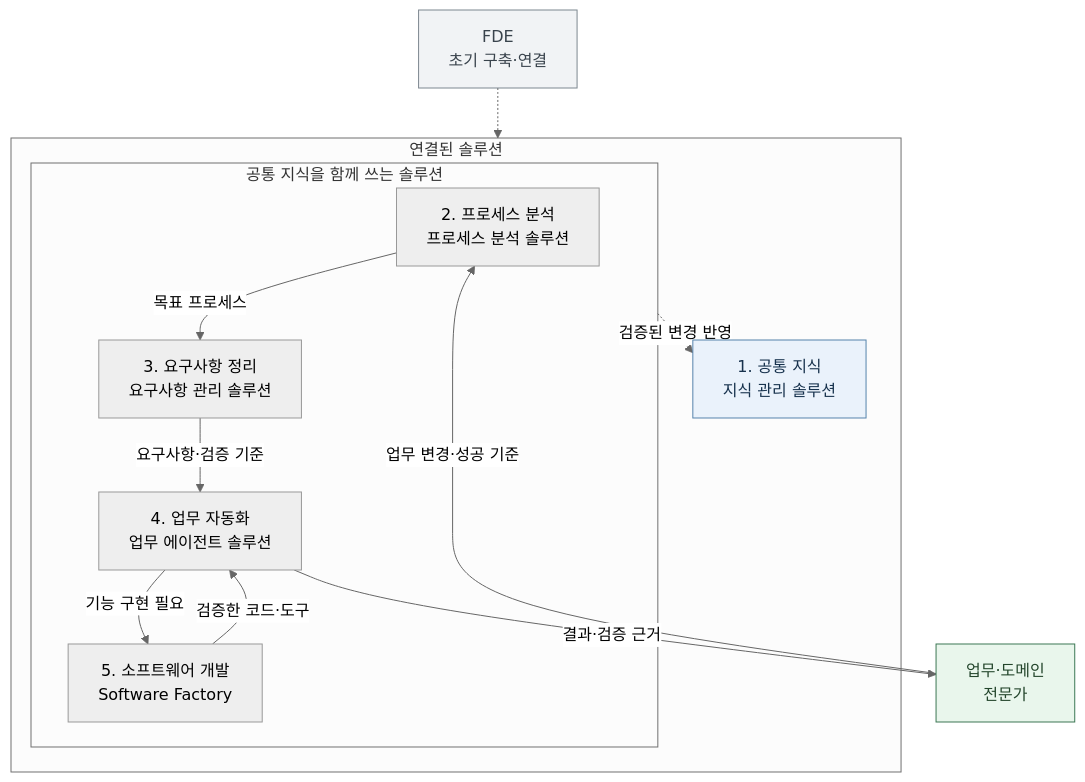
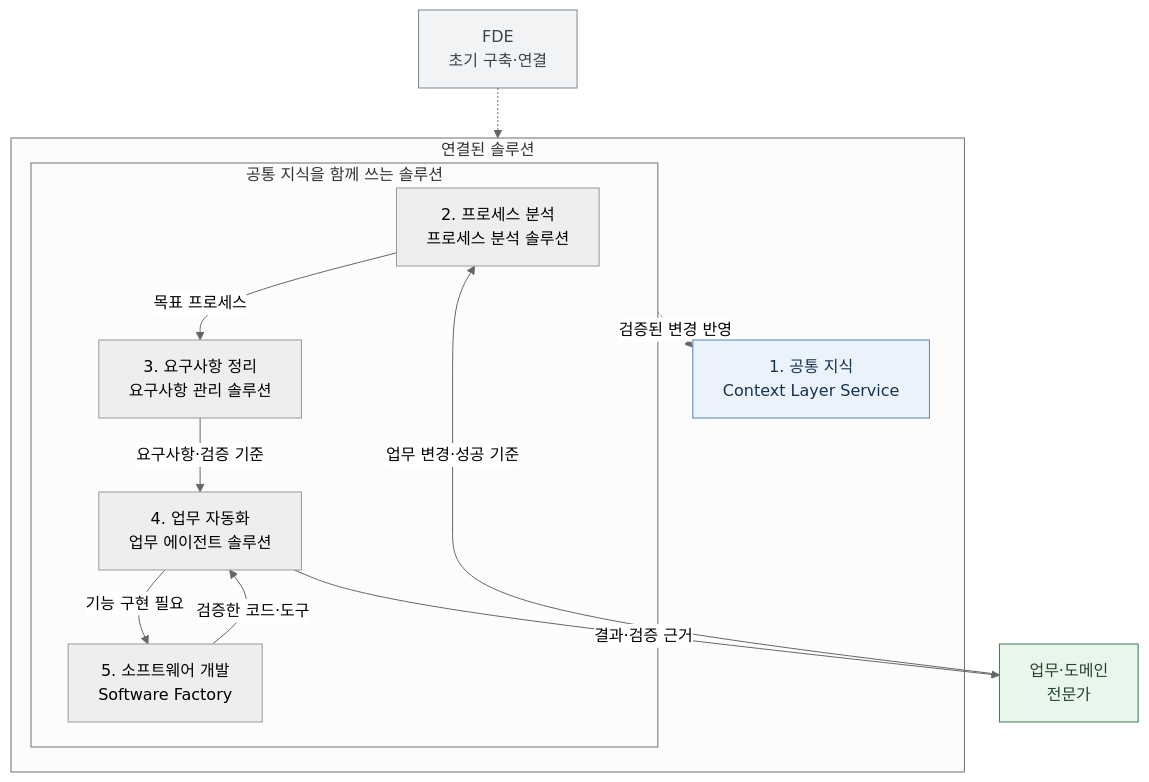
One commit to haandol/haandol.github.com changed the third of 6 diagrams in _posts/2026-11-05-enterprise-wide-ax-essentials.md. Above: the diagram before and after it, drawn with Mermaid (neutral theme). The commit also changed other lines of this file and 5 other files, not shown here.

````diff
--- a/_posts/2026-11-05-enterprise-wide-ax-essentials.md
+++ b/_posts/2026-11-05-enterprise-wide-ax-essentials.md
@@ -107,24 +106,24 @@
 ```mermaid
 flowchart TB
   FDE["FDE<br/>초기 구축·연결"] -.-> S
   subgraph S["연결된 솔루션"]
-    K["1. 공통 지식<br/>지식 관리 솔루션"]
+    K["1. 공통 지식<br/>Context Layer Service"]
     subgraph W["공통 지식을 함께 쓰는 솔루션"]
       P["2. 프로세스 분석<br/>프로세스 분석 솔루션"] -->|"목표 프로세스"| R["3. 요구사항 정리<br/>요구사항 관리 솔루션"]
       R -->|"요구사항·검증 기준"| A["4. 업무 자동화<br/>업무 에이전트 솔루션"]
       A -->|"기능 구현 필요"| F["5. 소프트웨어 개발<br/>Software Factory"]
       F -->|"검증한 코드·도구"| A
     end
     K --> W
     W -.->|"검증된 변경 반영"| K
     K ~~~ P
   end
   U["업무·도메인<br/>전문가"] -->|"업무 변경·성공 기준"| P
   A -->|"결과·검증 근거"| U
   classDef expert fill:#e9f6ec,stroke:#3c7754,color:#23452b
   classDef setup fill:#f1f3f5,stroke:#7d8790,color:#39434c
   classDef knowledge fill:#eaf2fb,stroke:#5683ac,color:#17324d
   class U expert
   class FDE setup
   class K knowledge
 ```
````
